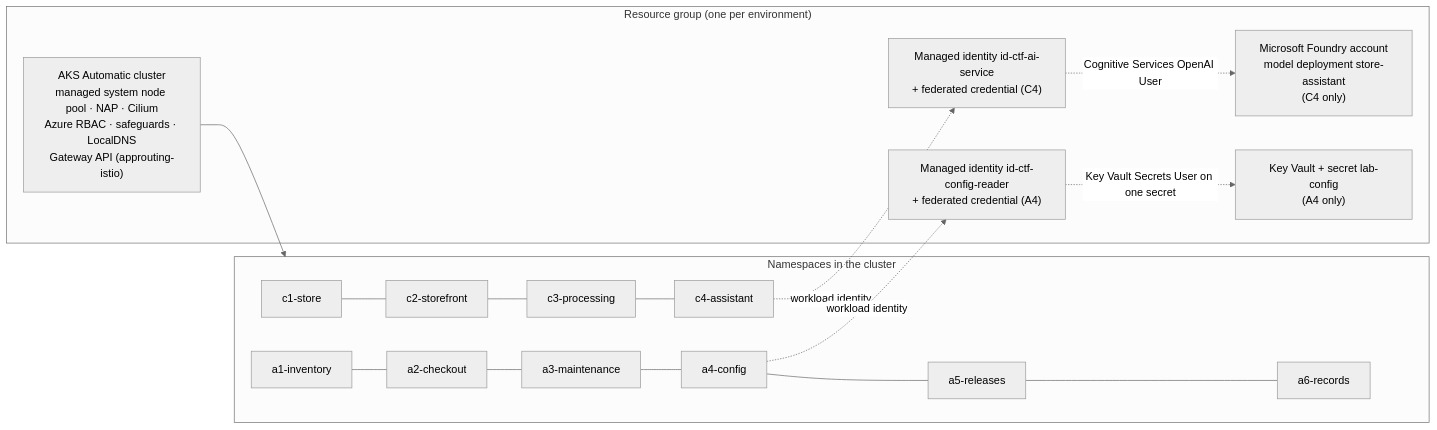
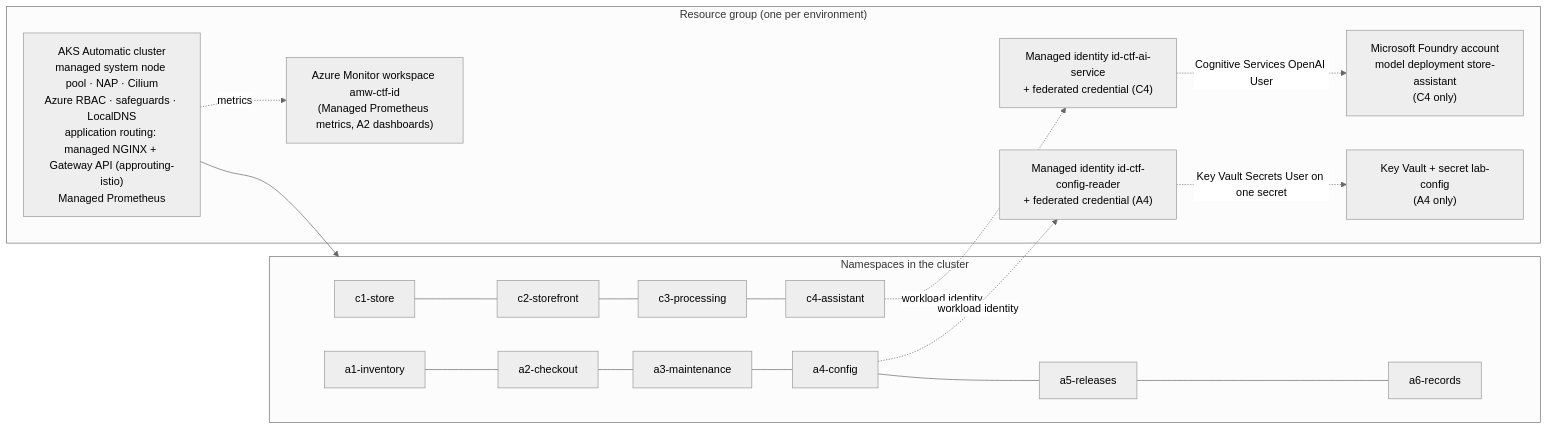
Before and after one commit to bbenz/kubecon26-pre-day-lab: the diagram in docs/architecture.md, drawn with Mermaid (neutral theme). The commit also changed other lines of this file and 59 other files, not shown here.

First line of the commit message:
C2: Ingress-NGINX to Gateway API migration; A2: Managed Prometheus dashboards

````diff
--- a/docs/architecture.md
+++ b/docs/architecture.md
@@ -5,17 +5,19 @@
 ```mermaid
 flowchart LR
   subgraph RG["Resource group (one per environment)"]
-    AKS["AKS Automatic cluster<br/>managed system node pool · NAP · Cilium<br/>Azure RBAC · safeguards · LocalDNS<br/>Gateway API (approuting-istio)"]
+    AKS["AKS Automatic cluster<br/>managed system node pool · NAP · Cilium<br/>Azure RBAC · safeguards · LocalDNS<br/>application routing: managed NGINX + Gateway API (approuting-istio)<br/>Managed Prometheus"]
+    AMW["Azure Monitor workspace amw-ctf-id<br/>(Managed Prometheus metrics, A2 dashboards)"]
     FDY["Microsoft Foundry account<br/>model deployment store-assistant<br/>(C4 only)"]
     KV["Key Vault + secret lab-config<br/>(A4 only)"]
     ID1["Managed identity id-ctf-ai-service<br/>+ federated credential (C4)"]
     ID2["Managed identity id-ctf-config-reader<br/>+ federated credential (A4)"]
   end
   subgraph K8S["Namespaces in the cluster"]
     C1[c1-store] --- C2[c2-storefront] --- C3[c3-processing] --- C4[c4-assistant]
     A1[a1-inventory] --- A2[a2-checkout] --- A3[a3-maintenance] --- A4[a4-config] --- A5[a5-releases] --- A6[a6-records]
   end
   AKS --> K8S
+  AKS -. metrics .-> AMW
   C4 -. workload identity .-> ID1 -. Cognitive Services OpenAI User .-> FDY
   A4 -. workload identity .-> ID2 -. Key Vault Secrets User on one secret .-> KV
 ```
````
